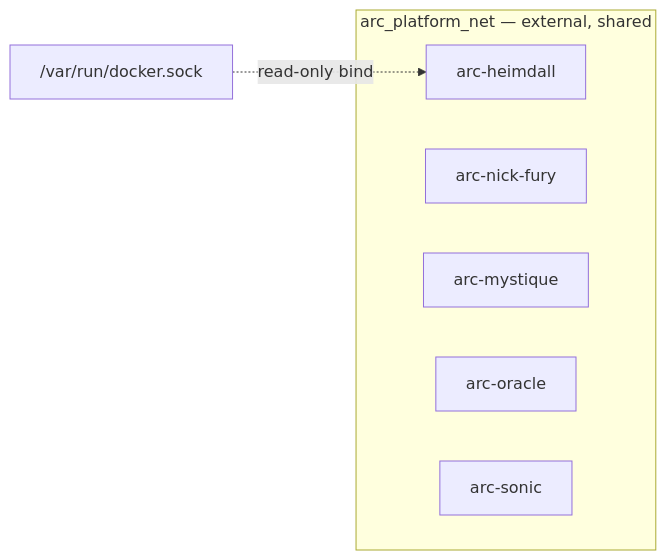
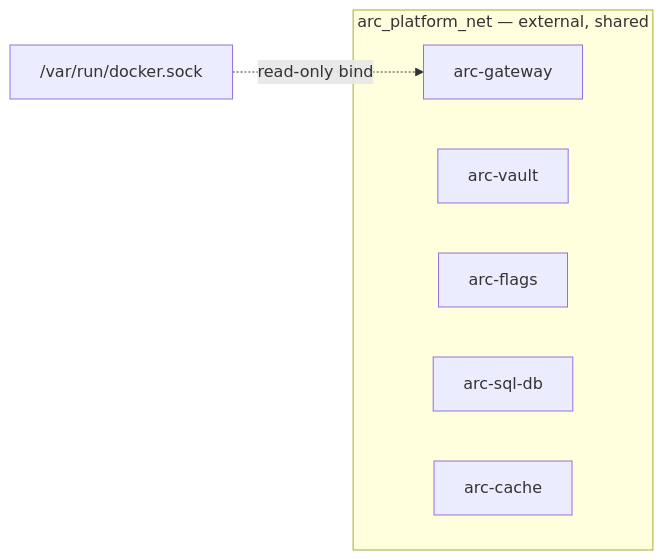
Before and after one commit to arc-framework/arc-platform: the second of 2 diagrams in specs/006-platform-control/spec.md, drawn with Mermaid. The commit also changed other lines of this file and 34 other files, not shown here.

````diff
--- a/specs/006-platform-control/spec.md
+++ b/specs/006-platform-control/spec.md
@@ -170,11 +170,11 @@
 ```mermaid
 graph LR
     subgraph arc_platform_net [arc_platform_net — external, shared]
-        heimdall[arc-heimdall]
-        fury[arc-nick-fury]
-        mystique[arc-mystique]
-        oracle[arc-oracle]
-        sonic[arc-sonic]
+        heimdall[arc-gateway]
+        fury[arc-vault]
+        mystique[arc-flags]
+        oracle[arc-sql-db]
+        sonic[arc-cache]
     end
     dockersock["/var/run/docker.sock"] -.->|read-only bind| heimdall
 ```
````
